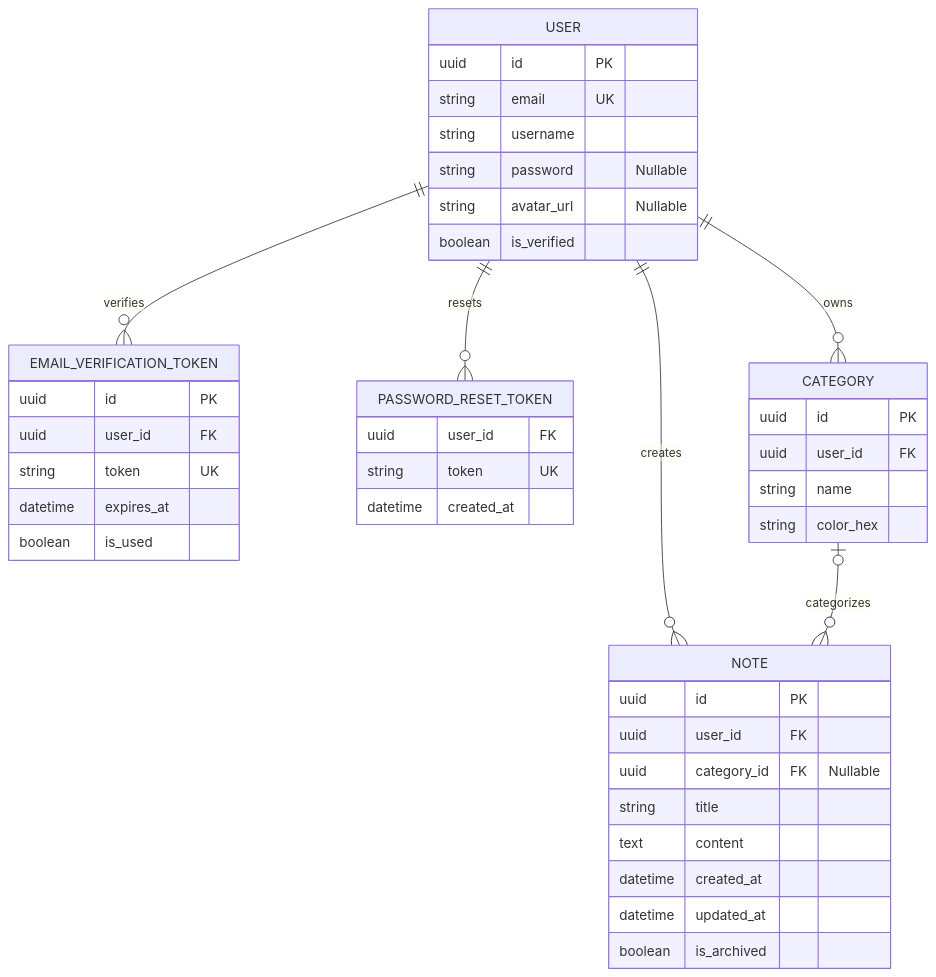
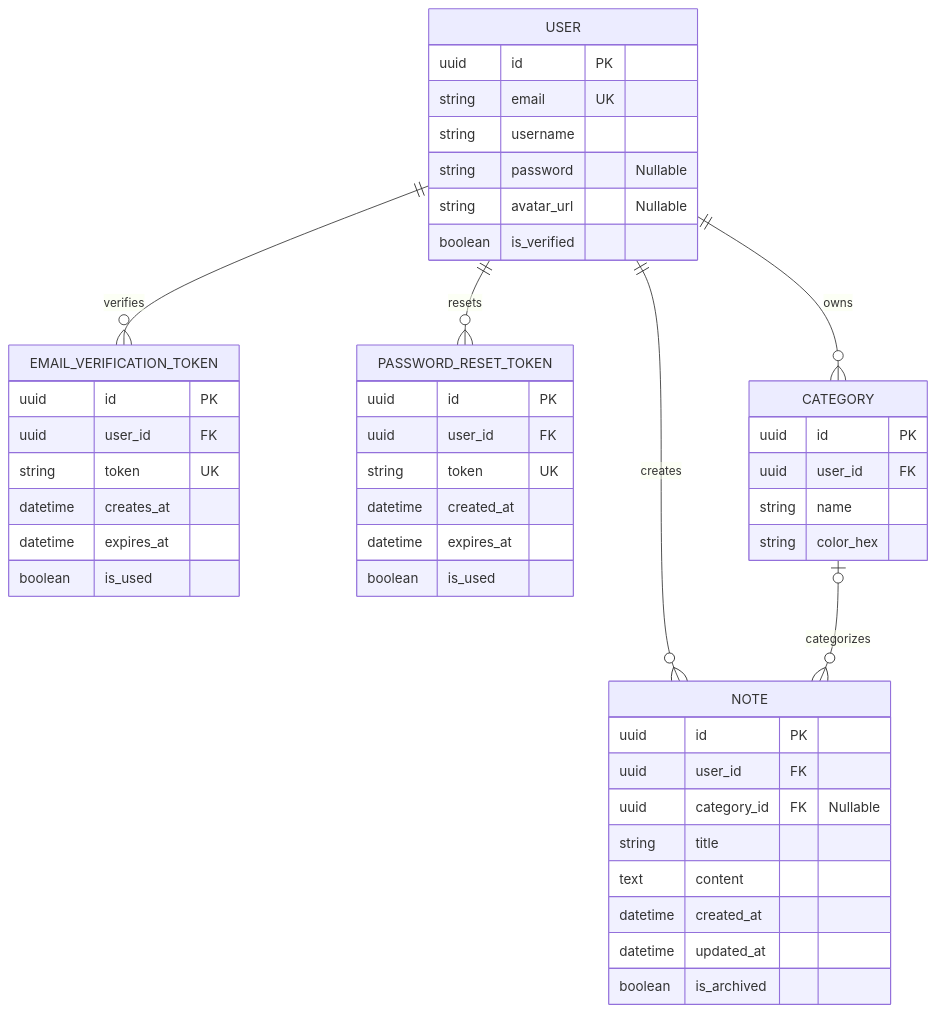
One commit to RossCabrera/Swiftnote changed the diagram in docs/database_schema.md. Above: the diagram before and after it, drawn with Mermaid. The commit also changed other lines of this file, not shown here.

````diff
--- a/docs/database_schema.md
+++ b/docs/database_schema.md
@@ -9,52 +9,56 @@
 ```mermaid
 ---
 id: b74f9644-e3e1-49bf-bc6b-4e3012ae4d09
 ---
 erDiagram
   USER ||--o{ EMAIL_VERIFICATION_TOKEN : "verifies"
   USER ||--o{ PASSWORD_RESET_TOKEN : "resets"
   USER ||--o{ CATEGORY : "owns"
   USER ||--o{ NOTE : "creates"
   CATEGORY o|--o{ NOTE : "categorizes"
   
   USER {
     uuid id PK
     string email UK
     string username
     string password "Nullable"
     string avatar_url "Nullable"
     boolean is_verified
   }
   
   EMAIL_VERIFICATION_TOKEN {
     uuid id PK
     uuid user_id FK
     string token UK
+    datetime creates_at
     datetime expires_at
     boolean is_used
   }
   
   PASSWORD_RESET_TOKEN {
+    uuid id PK
     uuid user_id FK
     string token UK
     datetime created_at
+    datetime expires_at
+    boolean is_used
   }
   
   CATEGORY {
     uuid id PK
     uuid user_id FK
     string name
     string color_hex
   }
   
   NOTE {
     uuid id PK
     uuid user_id FK
     uuid category_id FK "Nullable"
     string title
     text content
     datetime created_at
     datetime updated_at
     boolean is_archived
   }
 ```
````
